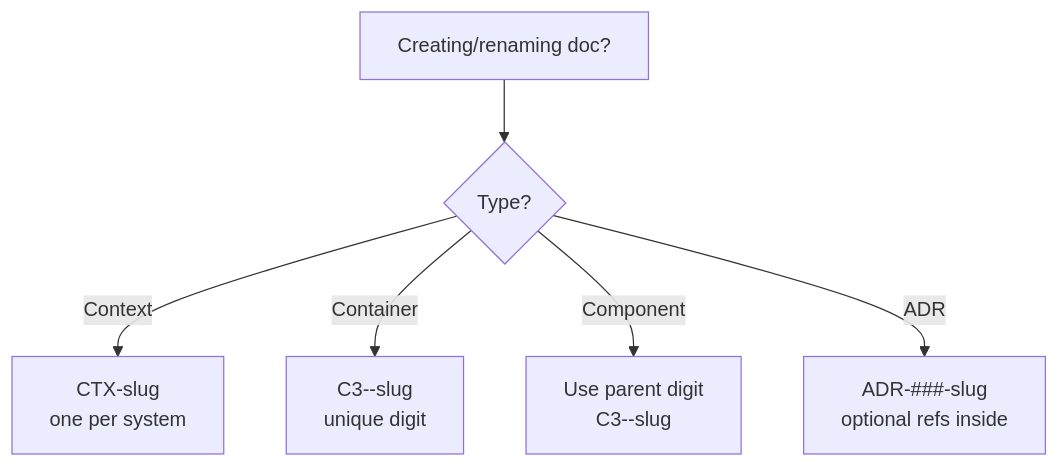
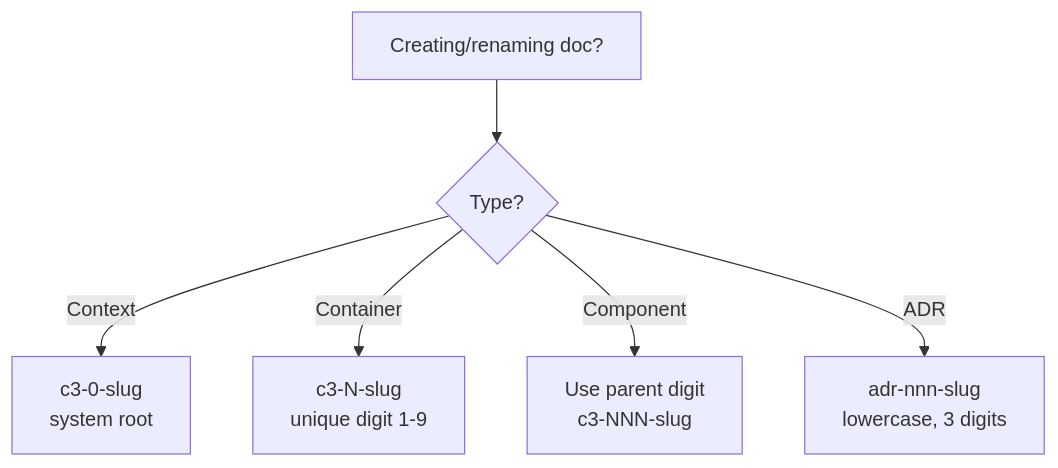
The diagram in skills/c3-naming/SKILL.md (lagz0ne/c3-skill), drawn with Mermaid before and after one commit. The commit also changed other lines of this file, not shown here.

````diff
--- a/skills/c3-naming/SKILL.md
+++ b/skills/c3-naming/SKILL.md
@@ -56,8 +58,8 @@
 ```mermaid
 flowchart TD
     Need[Creating/renaming doc?] --> Type{Type?}
-    Type -->|Context| Ctx[CTX-slug<br/>one per system]
-    Type -->|Container| Con[C3-<C>-slug<br/>unique digit]
-    Type -->|Component| Com[Use parent digit<br/>C3-<C><NN>-slug]
-    Type -->|ADR| Adr[ADR-###-slug<br/>optional refs inside]
+    Type -->|Context| Ctx[c3-0-slug<br/>system root]
+    Type -->|Container| Con[c3-N-slug<br/>unique digit 1-9]
+    Type -->|Component| Com[Use parent digit<br/>c3-NNN-slug]
+    Type -->|ADR| Adr[adr-nnn-slug<br/>lowercase, 3 digits]
 ```
````
